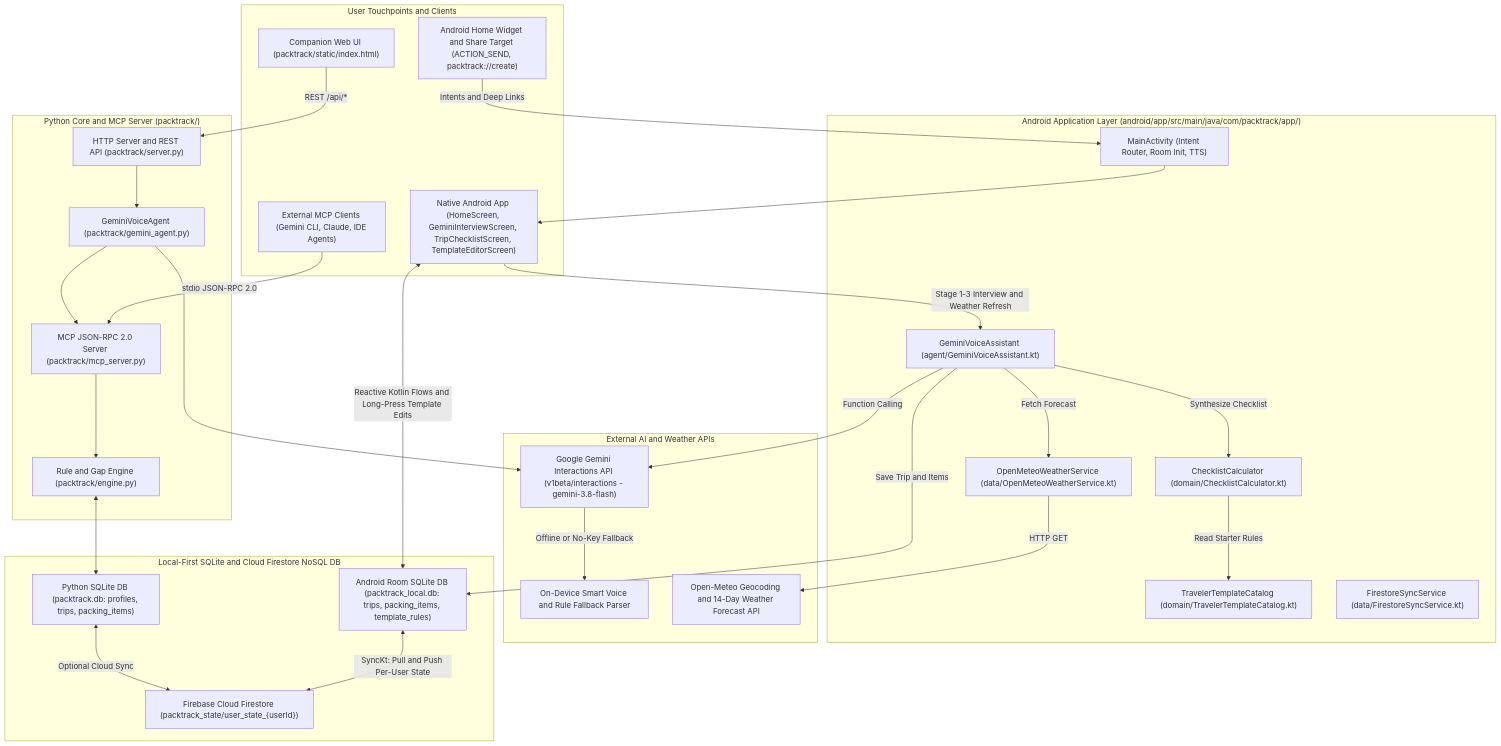
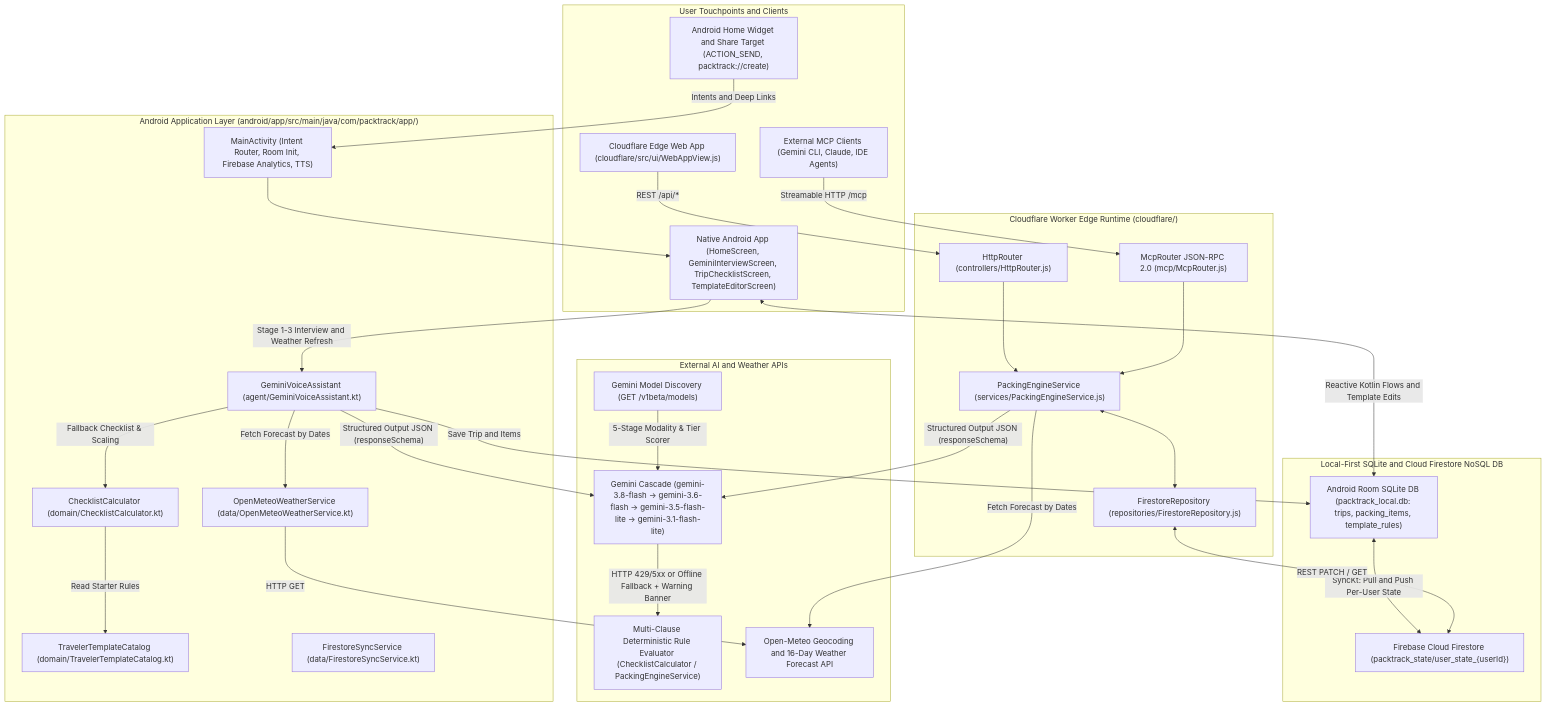
The first of 2 diagrams in README.md (madhavsankar/PackTrack), drawn with Mermaid before and after one commit. The commit also changed other lines of this file, not shown here.

Commit message:
Update README with exact-date interview, Gemini model cascade, custom categories, and Firebase App Distribution

````diff
--- a/README.md
+++ b/README.md
@@ -27,60 +31,61 @@
 ```mermaid
 flowchart TB
     subgraph Clients["User Touchpoints and Clients"]
         AndroidUI["Native Android App (HomeScreen, GeminiInterviewScreen, TripChecklistScreen, TemplateEditorScreen)"]
         Widget["Android Home Widget and Share Target (ACTION_SEND, packtrack://create)"]
-        WebUI["Companion Web UI (packtrack/static/index.html)"]
+        EdgePWA["Cloudflare Edge Web App (cloudflare/src/ui/WebAppView.js)"]
         ExternalMCP["External MCP Clients (Gemini CLI, Claude, IDE Agents)"]
     end
 
     subgraph AndroidRuntime["Android Application Layer (android/app/src/main/java/com/packtrack/app/)"]
-        MainAct["MainActivity (Intent Router, Room Init, TTS)"]
+        MainAct["MainActivity (Intent Router, Room Init, Firebase Analytics, TTS)"]
         VoiceAsst["GeminiVoiceAssistant (agent/GeminiVoiceAssistant.kt)"]
         Calc["ChecklistCalculator (domain/ChecklistCalculator.kt)"]
         Catalog["TravelerTemplateCatalog (domain/TravelerTemplateCatalog.kt)"]
         WeatherKt["OpenMeteoWeatherService (data/OpenMeteoWeatherService.kt)"]
         SyncKt["FirestoreSyncService (data/FirestoreSyncService.kt)"]
     end
 
-    subgraph PythonRuntime["Python Core and MCP Server (packtrack/)"]
-        PyServer["HTTP Server and REST API (packtrack/server.py)"]
-        McpSrv["MCP JSON-RPC 2.0 Server (packtrack/mcp_server.py)"]
-        PyAgent["GeminiVoiceAgent (packtrack/gemini_agent.py)"]
-        PyEngine["Rule and Gap Engine (packtrack/engine.py)"]
+    subgraph EdgeRuntime["Cloudflare Worker Edge Runtime (cloudflare/)"]
+        HttpRouter["HttpRouter (controllers/HttpRouter.js)"]
+        EdgeEngine["PackingEngineService (services/PackingEngineService.js)"]
+        EdgeMcp["McpRouter JSON-RPC 2.0 (mcp/McpRouter.js)"]
+        FirestoreRepo["FirestoreRepository (repositories/FirestoreRepository.js)"]
     end
 
     subgraph ExternalAPIs["External AI and Weather APIs"]
-        GeminiAPI["Google Gemini Interactions API (v1beta/interactions - gemini-3.8-flash)"]
-        LocalNLP["On-Device Smart Voice and Rule Fallback Parser"]
-        OpenMeteo["Open-Meteo Geocoding and 14-Day Weather Forecast API"]
-        GeminiAPI -->|"Offline or No-Key Fallback"| LocalNLP
+        ModelsAPI["Gemini Model Discovery (GET /v1beta/models)"]
+        GeminiCascade["Gemini Cascade (gemini-3.8-flash -> gemini-3.6-flash -> gemini-3.5-flash-lite -> gemini-3.1-flash-lite)"]
+        RuleFallback["Multi-Clause Deterministic Rule Evaluator (ChecklistCalculator / PackingEngineService)"]
+        OpenMeteo["Open-Meteo Geocoding and 16-Day Weather Forecast API"]
+        ModelsAPI -->|"5-Stage Modality & Tier Scorer"| GeminiCascade
+        GeminiCascade -->|"HTTP 429/5xx or Offline Fallback + Warning Banner"| RuleFallback
     end
 
     subgraph Storage["Local-First SQLite and Cloud Firestore NoSQL DB"]
         RoomDB["Android Room SQLite DB (packtrack_local.db: trips, packing_items, template_rules)"]
-        PyDB["Python SQLite DB (packtrack.db: profiles, trips, packing_items)"]
         Firestore["Firebase Cloud Firestore (packtrack_state/user_state_{userId})"]
     end
 
     Widget -->|"Intents and Deep Links"| MainAct
     MainAct --> AndroidUI
     AndroidUI -->|"Stage 1-3 Interview and Weather Refresh"| VoiceAsst
-    AndroidUI <-->|"Reactive Kotlin Flows and Long-Press Template Edits"| RoomDB
+    AndroidUI <-->|"Reactive Kotlin Flows and Template Edits"| RoomDB
 
-    VoiceAsst -->|"Function Calling"| GeminiAPI
-    VoiceAsst -->|"Fetch Forecast"| WeatherKt
-    VoiceAsst -->|"Synthesize Checklist"| Calc
+    VoiceAsst -->|"Structured Output JSON (responseSchema)"| GeminiCascade
+    VoiceAsst -->|"Fetch Forecast by Dates"| WeatherKt
+    VoiceAsst -->|"Fallback Checklist & Scaling"| Calc
     Calc -->|"Read Starter Rules"| Catalog
     WeatherKt -->|"HTTP GET"| OpenMeteo
     VoiceAsst -->|"Save Trip and Items"| RoomDB
     RoomDB <-->|"SyncKt: Pull and Push Per-User State"| Firestore
 
-    WebUI -->|"REST /api/*"| PyServer
-    ExternalMCP -->|"stdio JSON-RPC 2.0"| McpSrv
-    PyServer --> PyAgent
-    PyAgent --> GeminiAPI
-    PyAgent --> McpSrv
-    McpSrv --> PyEngine
-    PyEngine <--> PyDB
-    PyDB <-->|"Optional Cloud Sync"| Firestore
+    EdgePWA -->|"REST /api/*"| HttpRouter
+    ExternalMCP -->|"Streamable HTTP /mcp"| EdgeMcp
+    HttpRouter --> EdgeEngine
+    EdgeMcp --> EdgeEngine
+    EdgeEngine -->|"Structured Output JSON (responseSchema)"| GeminiCascade
+    EdgeEngine -->|"Fetch Forecast by Dates"| OpenMeteo
+    EdgeEngine <--> FirestoreRepo
+    FirestoreRepo <-->|"REST PATCH / GET"| Firestore
 ```
````
